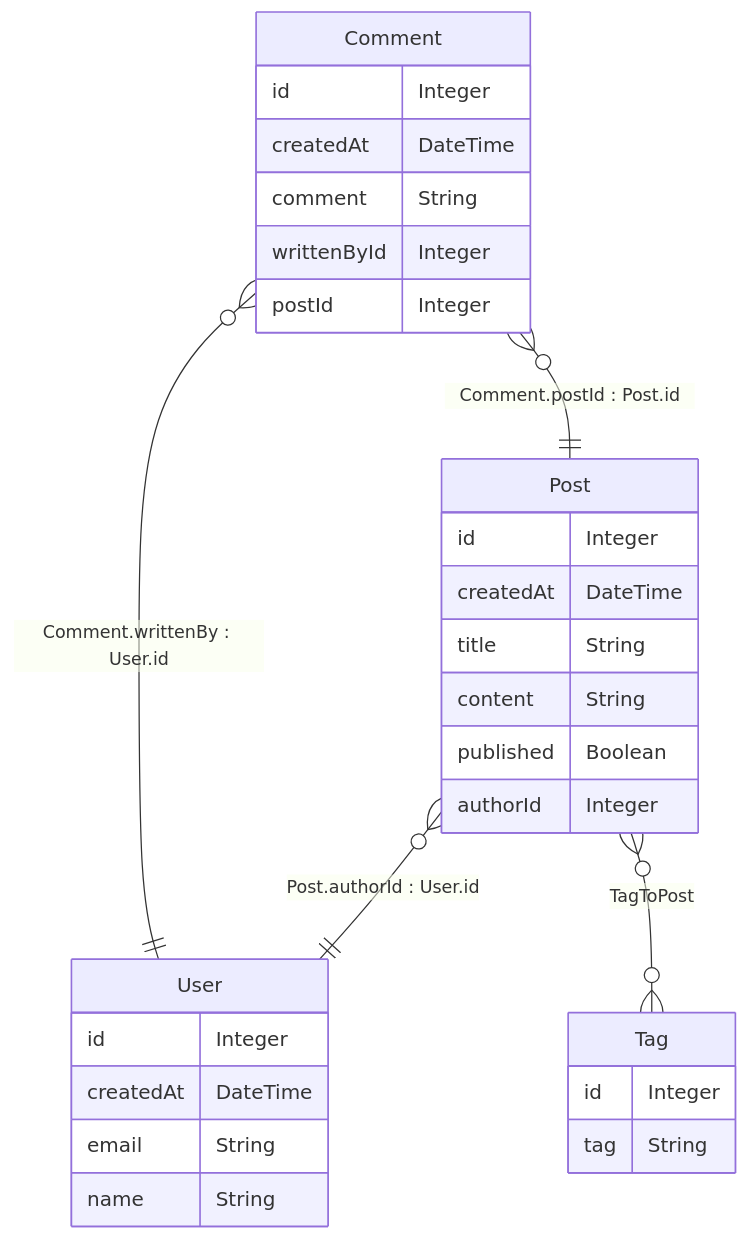
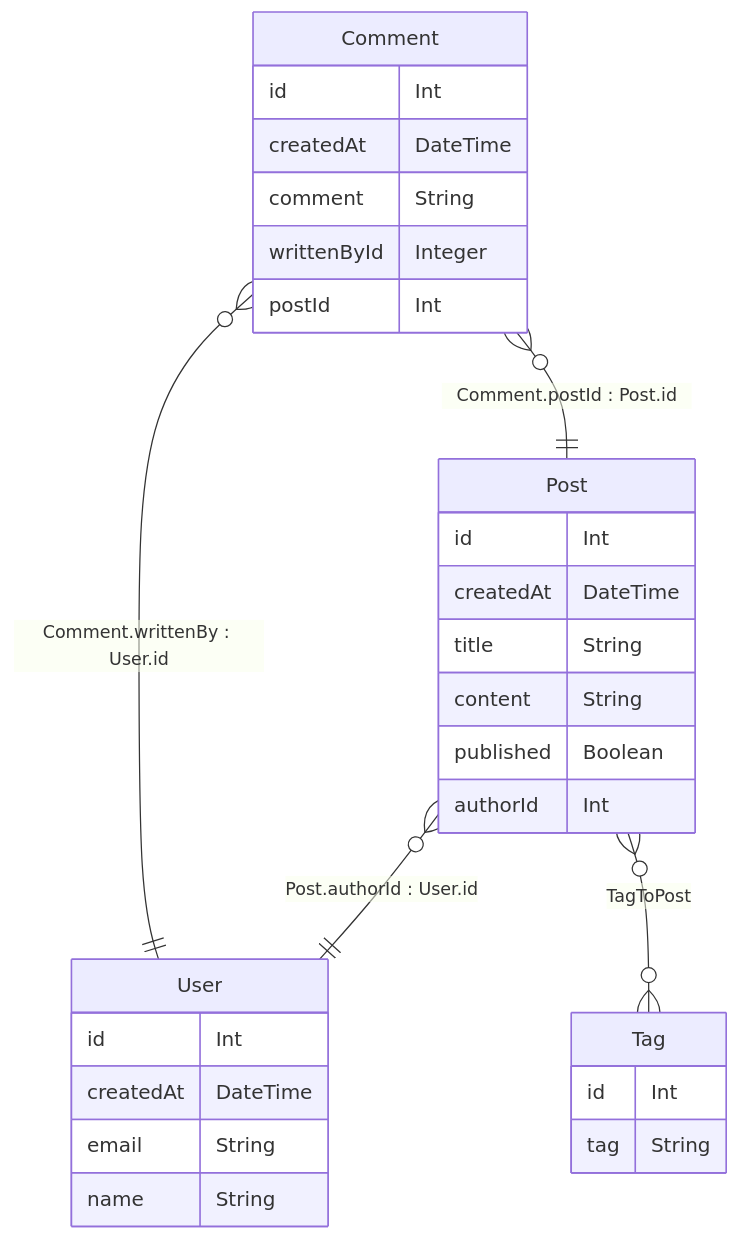
One commit to HOZHENWAI/py-prisma2markdown changed the diagram in tests/fixtures/prisma-examples/databases/cockroachdb/prisma/schema.md. Above: the diagram before and after it, drawn with Mermaid. The commit also changed 13 other files, not shown here.

````diff
--- a/tests/fixtures/prisma-examples/databases/cockroachdb/prisma/schema.md
+++ b/tests/fixtures/prisma-examples/databases/cockroachdb/prisma/schema.md
@@ -2,37 +2,37 @@
 ```mermaid
 erDiagram
 
 User {
-    id Integer
+    id Int
     createdAt DateTime
     email String
     name String
 }
 
 Post {
-    id Integer
+    id Int
     createdAt DateTime
     title String
     content String
     published Boolean
-    authorId Integer
+    authorId Int
 }
 
 Comment {
-    id Integer
+    id Int
     createdAt DateTime
     comment String
     writtenById Integer
-    postId Integer
+    postId Int
 }
 
 Tag {
-    id Integer
+    id Int
     tag String
 }
 
 Post }o--|| User : "Post.authorId : User.id"
 Comment }o--|| User : "Comment.writtenBy : User.id"
 Comment }o--|| Post : "Comment.postId : Post.id"
 Post }o--o{ Tag : "TagToPost"
 ```
````
